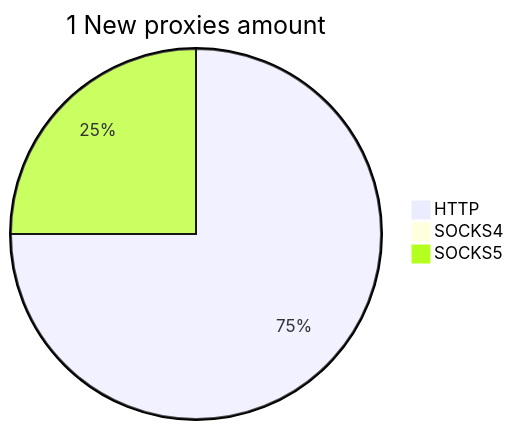
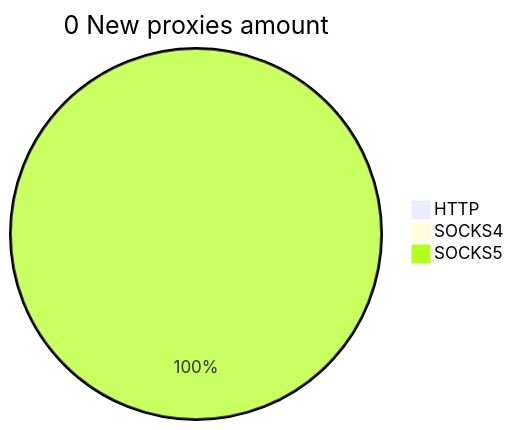
One commit to cutipu/proxylist changed the second of 2 diagrams in README.md. Above: the diagram before and after it, drawn with Mermaid. The commit also changed other lines of this file, not shown here.

````diff
--- a/README.md
+++ b/README.md
@@ -10,6 +10,6 @@
 ```mermaid
-pie title 1 New proxies amount
-    "HTTP" : 3
+pie title 0 New proxies amount
+    "HTTP" : 0
     "SOCKS4" : 0
-    "SOCKS5" : 1
+    "SOCKS5" : 2
 ```
````
